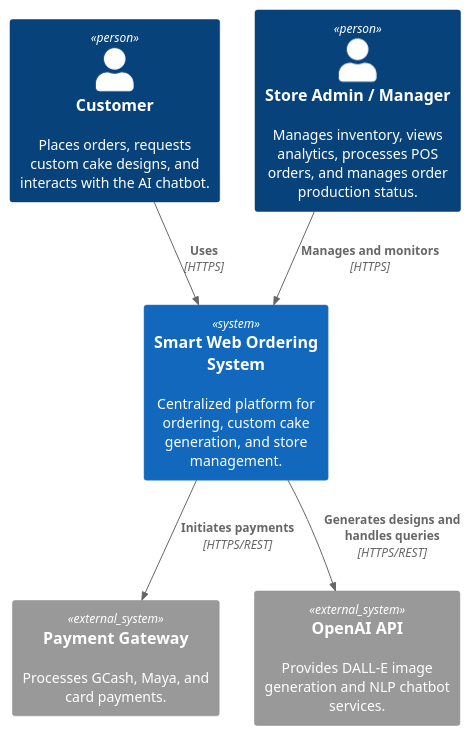
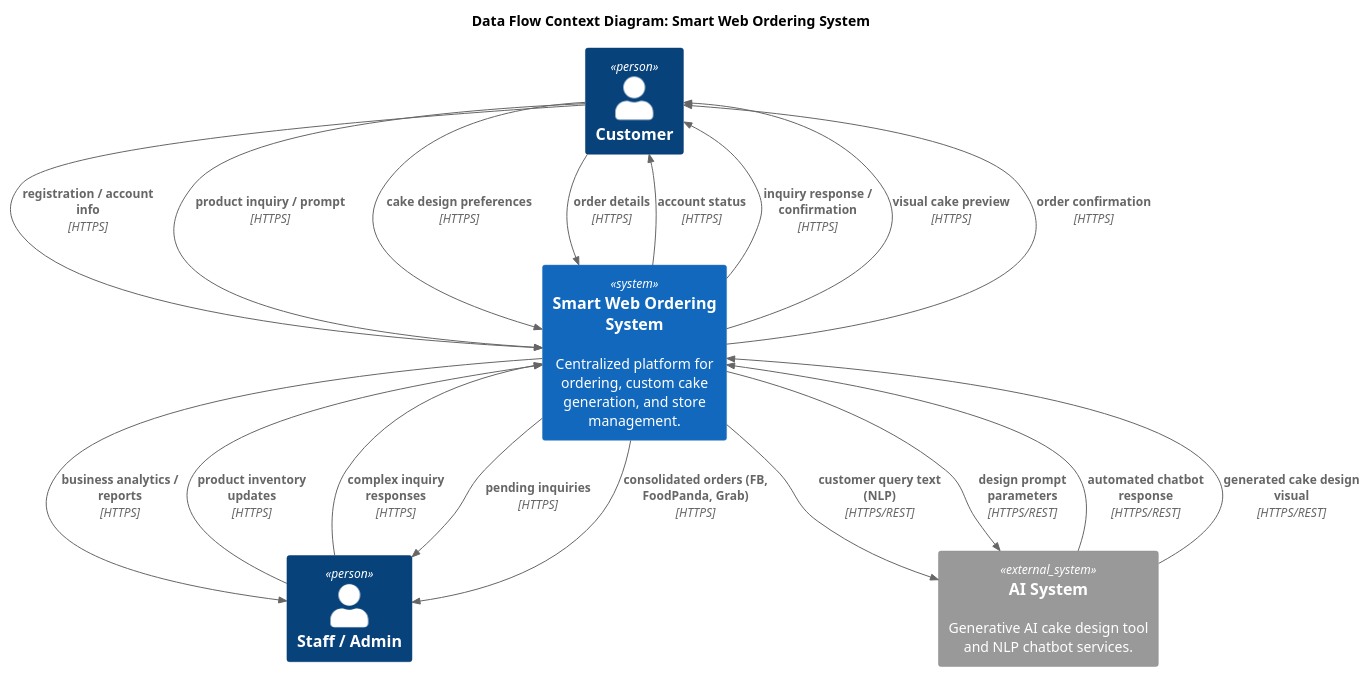
One commit to APC-SoCIT/APC-2026-2027-T1-IT241-Grp7-Smart-Web-Order-System-for-Mama-Co changed the diagram in PBL/MSYADD/SYSTEM CONTEXT DIAGRAM.puml. Above: the diagram before and after it, drawn with PlantUML.

Commit message:
Update SYSTEM CONTEXT DIAGRAM.puml

```diff
--- a/PBL/MSYADD/SYSTEM CONTEXT DIAGRAM.puml
+++ b/PBL/MSYADD/SYSTEM CONTEXT DIAGRAM.puml
@@ -1,18 +1,83 @@
-@startuml ContextDiagram
-!include https://raw.githubusercontent.com/plantuml-stdlib/C4-PlantUML/master/C4_Context.puml
+@startuml C4_DataFlows 
 
-Person(customer, "Customer", "Places orders, requests custom cake designs, and interacts with the AI chatbot.")
-Person(admin, "Store Admin / Manager", "Manages inventory, views analytics, processes POS orders, and manages order production status.")
+!include https://raw.githubusercontent.com/plantuml-stdlib/C4-PlantUML/master/C4_Context.puml 
 
-System(orderingSystem, "Smart Web Ordering System", "Centralized platform for ordering, custom cake generation, and store management.")
+ 
 
-System_Ext(paymentGateway, "Payment Gateway", "Processes GCash, Maya, and card payments.")
-System_Ext(openai, "OpenAI API", "Provides DALL-E image generation and NLP chatbot services.")
+' Title and Configuration 
 
-Rel(customer, orderingSystem, "Uses", "HTTPS")
-Rel(admin, orderingSystem, "Manages and monitors", "HTTPS")
+title Data Flow Context Diagram: Smart Web Ordering System 
 
-Rel(orderingSystem, paymentGateway, "Initiates payments", "HTTPS/REST")
-Rel(orderingSystem, openai, "Generates designs and handles queries", "HTTPS/REST")
+ 
+
+' External Entities / Users (Dark Blue Blocks) 
+
+Person(Customer, "Customer") 
+
+Person(StaffAdmin, "Staff / Admin") 
+
+ 
+
+' Central System (Main Blue Box) 
+
+System(System, "Smart Web Ordering System", "Centralized platform for ordering, custom cake generation, and store management.") 
+
+ 
+
+' External System (Gray Box) 
+
+System_Ext(AISystem, "AI System", "Generative AI cake design tool and NLP chatbot services.") 
+
+ 
+
+' Data Flows: Customer <--> System 
+
+Rel(Customer, System, "registration / account info", "HTTPS") 
+
+Rel(Customer, System, "product inquiry / prompt", "HTTPS") 
+
+Rel(Customer, System, "cake design preferences", "HTTPS") 
+
+Rel(Customer, System, "order details", "HTTPS") 
+
+ 
+
+Rel(System, Customer, "account status", "HTTPS") 
+
+Rel(System, Customer, "inquiry response / confirmation", "HTTPS") 
+
+Rel(System, Customer, "visual cake preview", "HTTPS") 
+
+Rel(System, Customer, "order confirmation", "HTTPS") 
+
+ 
+
+' Data Flows: Staff / Admin <--> System 
+
+Rel(StaffAdmin, System, "product inventory updates", "HTTPS") 
+
+Rel(StaffAdmin, System, "complex inquiry responses", "HTTPS") 
+
+ 
+
+Rel(System, StaffAdmin, "pending inquiries", "HTTPS") 
+
+Rel(System, StaffAdmin, "consolidated orders (FB, FoodPanda, Grab)", "HTTPS") 
+
+Rel(System, StaffAdmin, "business analytics / reports", "HTTPS") 
+
+ 
+
+' Data Flows: System <--> AI System 
+
+Rel(System, AISystem, "customer query text (NLP)", "HTTPS/REST") 
+
+Rel(AISystem, System, "automated chatbot response", "HTTPS/REST") 
+
+Rel(System, AISystem, "design prompt parameters", "HTTPS/REST") 
+
+Rel(AISystem, System, "generated cake design visual", "HTTPS/REST") 
+
+ 
 
 @enduml
```
